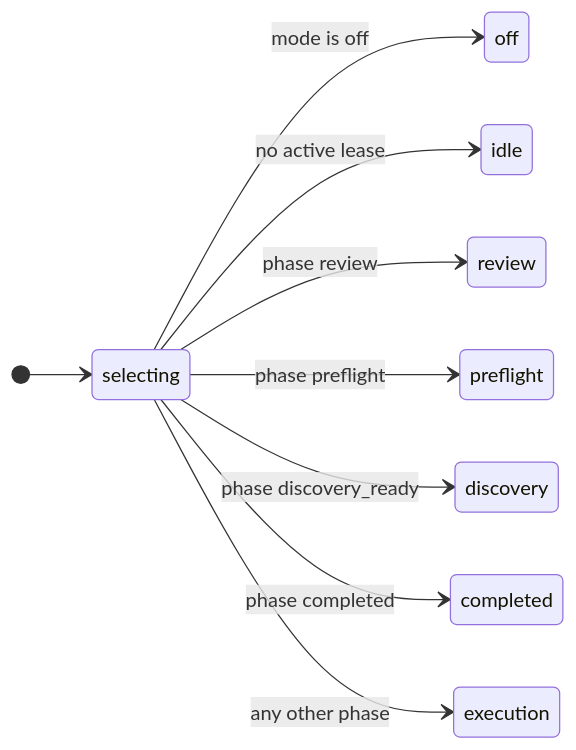
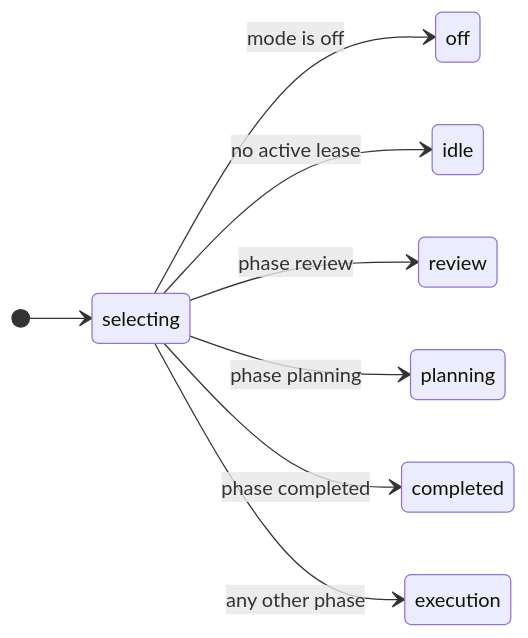
The first of 4 diagrams in extensions/router/README.md (nigel-upstart/pi-buildout), drawn with Mermaid before and after one commit. The commit also changed other lines of this file and 19 other files, not shown here.

````diff
--- a/extensions/router/README.md
+++ b/extensions/router/README.md
@@ -426,12 +419,11 @@
 ```mermaid
 stateDiagram-v2
   direction LR
   [*] --> selecting
   selecting --> off: mode is off
   selecting --> idle: no active lease
   selecting --> review: phase review
-  selecting --> preflight: phase preflight
-  selecting --> discovery: phase discovery_ready
+  selecting --> planning: phase planning
   selecting --> completed: phase completed
   selecting --> execution: any other phase
 ```
````
